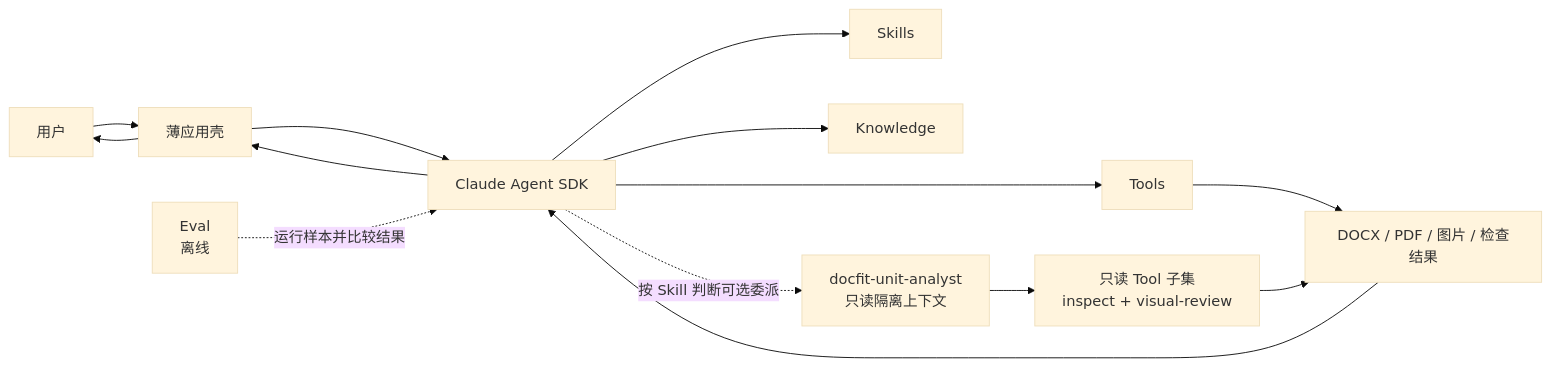
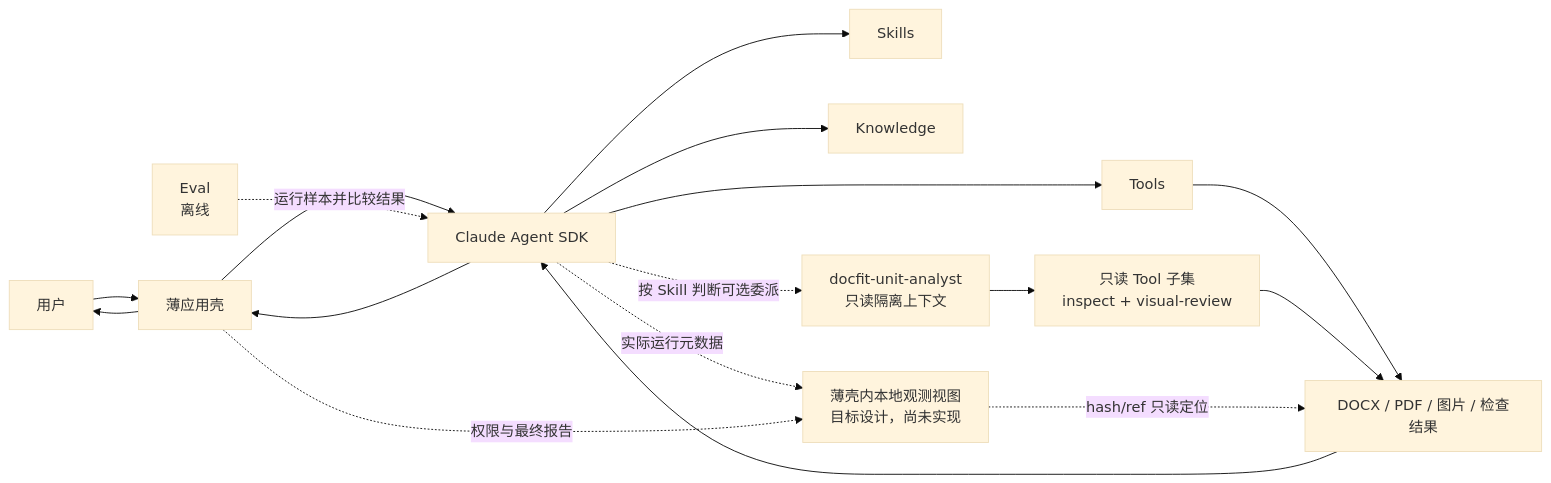
The diagram in docs/docfit-01-architecture-core.md (bamao88/0730), drawn with Mermaid (base theme) before and after one commit. The commit also changed other lines of this file and 8 other files, not shown here.

````diff
--- a/docs/docfit-01-architecture-core.md
+++ b/docs/docfit-01-architecture-core.md
@@ -81,16 +81,19 @@
 ```mermaid
 flowchart LR
     U["用户"] --> A["薄应用壳"]
     A --> SDK["Claude Agent SDK"]
     SDK --> S["Skills"]
     SDK --> K["Knowledge"]
     SDK --> T["Tools"]
     SDK -."按 Skill 判断可选委派".-> SA["docfit-unit-analyst<br/>只读隔离上下文"]
     SA --> RT["只读 Tool 子集<br/>inspect + visual-review"]
     T --> F["DOCX / PDF / 图片 / 检查结果"]
     RT --> F
     F --> SDK
     SDK --> A
     A --> U
+    SDK -."实际运行元数据".-> O["薄壳内本地观测视图<br/>目标设计，尚未实现"]
+    A -."权限与最终报告".-> O
+    O -."hash/ref 只读定位".-> F
     E["Eval<br/>离线"] -.运行样本并比较结果.-> SDK
 ```
````
